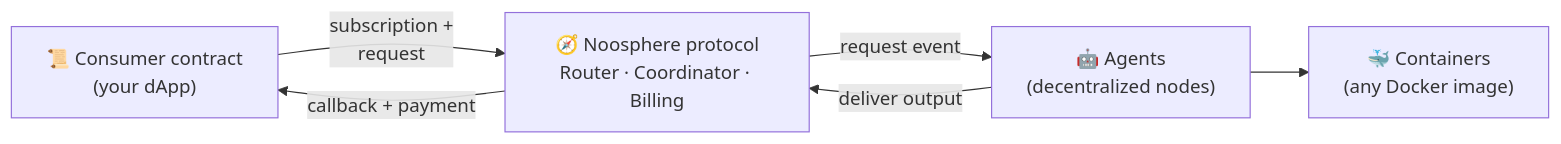
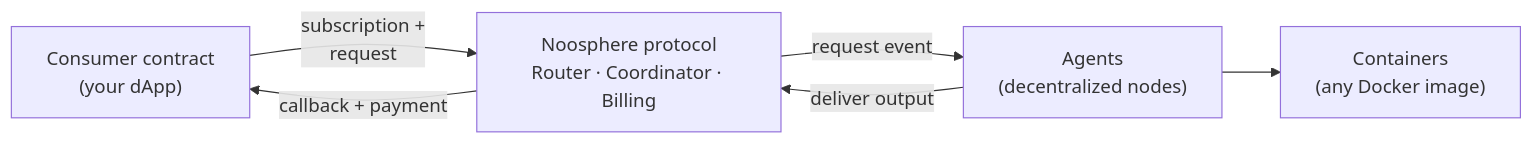
One commit to hpp-io/docs changed the diagram in noosphere/intro.md. Above: the diagram before and after it, drawn with Mermaid. The commit also changed other lines of this file and 14 other files, not shown here.

````diff
--- a/noosphere/intro.md
+++ b/noosphere/intro.md
@@ -20,8 +20,8 @@
 ```mermaid
 flowchart LR
-    C["📜 Consumer contract<br/>(your dApp)"] -- "subscription +<br/>request" --> P["🧭 Noosphere protocol<br/>Router · Coordinator · Billing"]
-    P -- "request event" --> A["🤖 Agents<br/>(decentralized nodes)"]
-    A --> D["🐳 Containers<br/>(any Docker image)"]
+    C["Consumer contract<br/>(your dApp)"] -- "subscription +<br/>request" --> P["Noosphere protocol<br/>Router · Coordinator · Billing"]
+    P -- "request event" --> A["Agents<br/>(decentralized nodes)"]
+    A --> D["Containers<br/>(any Docker image)"]
     A -- "deliver output" --> P
     P -- "callback + payment" --> C
 ```
````
